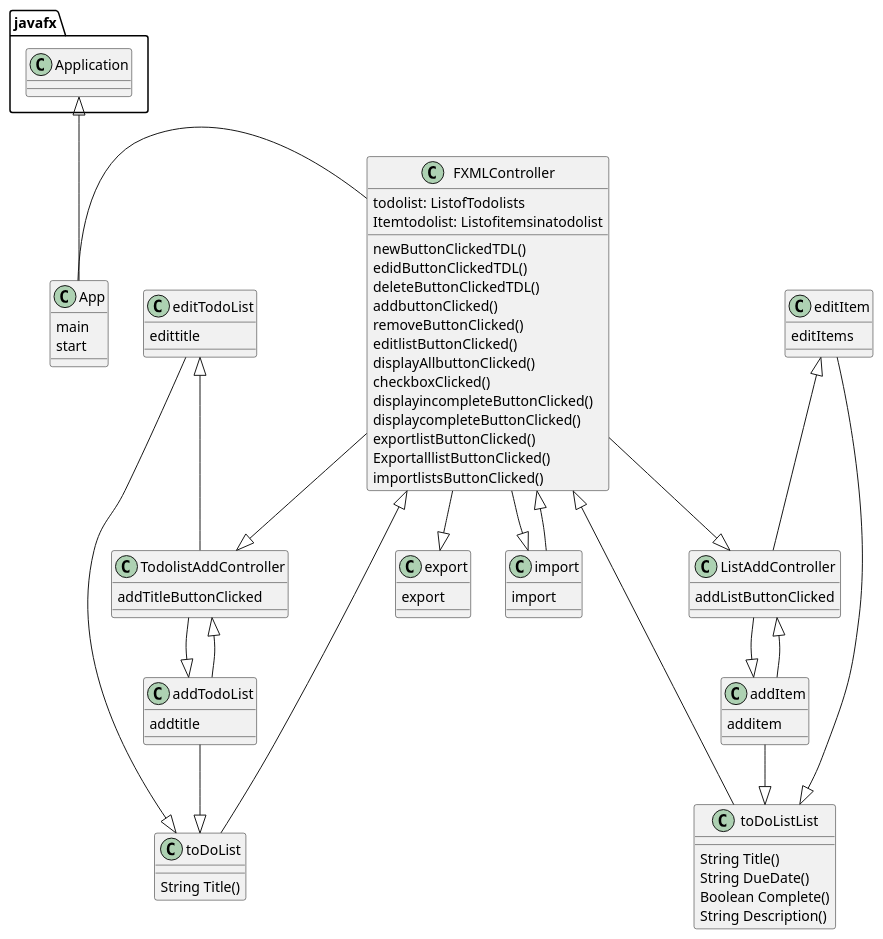
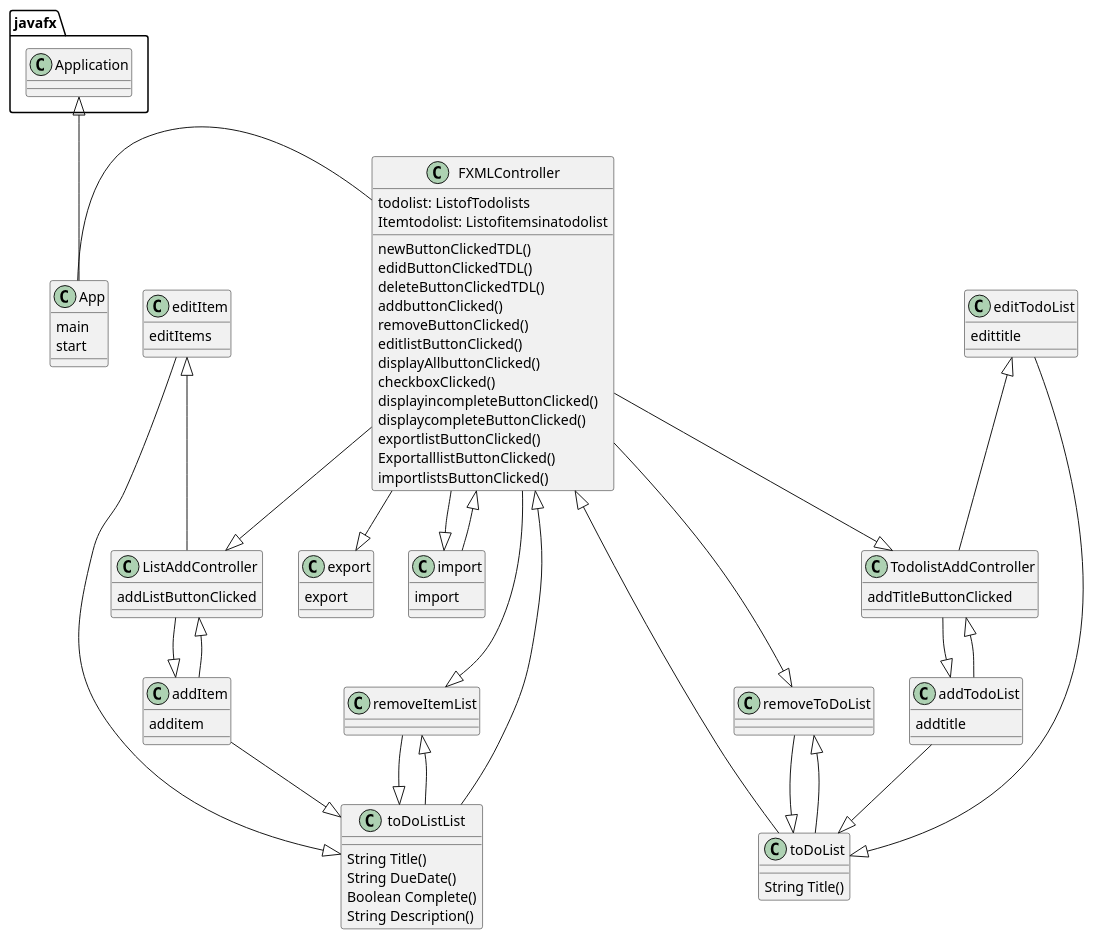
The diagram in src/main/java/ucf/assignments/To-do-list.puml (goodwinalexjr/goodwin-cop-assignment4), drawn with PlantUML before and after one commit. The commit also changed 8 other files, not shown here.

```diff
--- a/src/main/java/ucf/assignments/To-do-list.puml
+++ b/src/main/java/ucf/assignments/To-do-list.puml
@@ -1,82 +1,92 @@
 @startuml
 'https://plantuml.com/class-diagram
 class App{
 main
 start
 }
 class toDoList{
 String Title()
 }
 class toDoListList{
 String Title()
 String DueDate()
 Boolean Complete()
 String Description()
 }
 class addItem{
 additem
 }
 class addTodoList{
 addtitle
 }
 class export{
 export
 }
 class import{
 import
 }
 class editItem{
 editItems
 }
 class editTodoList{
 edittitle
+}
+class removeItemList{
+}
+class removeToDoList{
 }
 class FXMLController{
 todolist: ListofTodolists
 Itemtodolist: Listofitemsinatodolist
 
 newButtonClickedTDL()
 edidButtonClickedTDL()
 deleteButtonClickedTDL()
 addbuttonClicked()
 removeButtonClicked()
 editlistButtonClicked()
 displayAllbuttonClicked()
 checkboxClicked()
 displayincompleteButtonClicked()
 displaycompleteButtonClicked()
 exportlistButtonClicked()
 ExportalllistButtonClicked()
 importlistsButtonClicked()
 }
 
 class TodolistAddController{
 addTitleButtonClicked
 }
 class ListAddController{
 addListButtonClicked
 }
 
 javafx.Application <|-- App
 
 App - FXMLController
 FXMLController --|> TodolistAddController
 FXMLController --|> ListAddController
 TodolistAddController --|> addTodoList
 TodolistAddController <|-- addTodoList
 ListAddController --|> addItem
 ListAddController <|-- addItem
 addItem --|> toDoListList
 addTodoList --|> toDoList
 FXMLController --|> export
 FXMLController --|> import
 FXMLController <|-- import
 toDoListList --|> FXMLController
 toDoList --|> FXMLController
 editItem <|-- ListAddController
 editItem --|> toDoListList
 editTodoList <|-- TodolistAddController
 editTodoList --|> toDoList
+FXMLController --|> removeToDoList
+removeToDoList --|> toDoList
+removeToDoList <|-- toDoList
+FXMLController --|> removeItemList
+removeItemList --|> toDoListList
+removeItemList <|-- toDoListList
 
 
 @enduml
```
